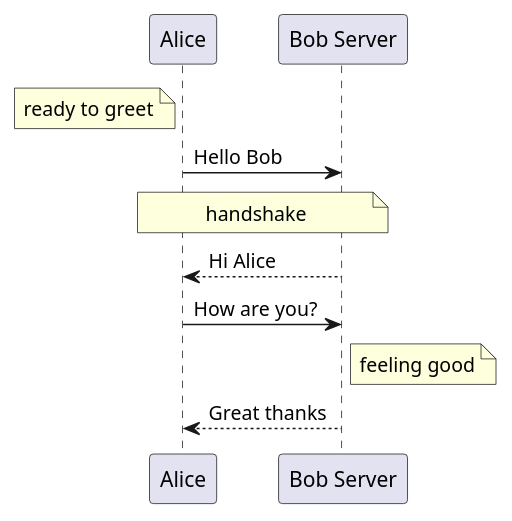
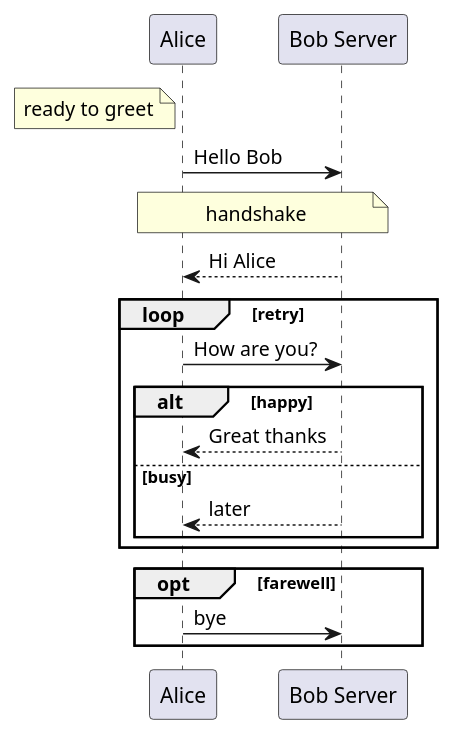
One commit to yingkitw/diagram changed the diagram in examples/sequence.puml. Above: the diagram before and after it, drawn with PlantUML. The commit also changed 10 other files, not shown here.

First line of the commit message:
Enhance diagram tool with support for fragments and notes in sequence and class diagrams

```diff
--- a/examples/sequence.puml
+++ b/examples/sequence.puml
@@ -1,13 +1,19 @@
 @startuml
 participant Alice
 participant "Bob Server" as Bob
 note left of Alice: ready to greet
 Alice -> Bob: Hello Bob
 note over Alice, Bob: handshake
 Bob --> Alice: Hi Alice
+loop retry
 Alice -> Bob: How are you?
-note right of Bob
-feeling good
-end note
+alt happy
 Bob --> Alice: Great thanks
+else busy
+Bob --> Alice: later
+end
+end
+opt farewell
+Alice -> Bob: bye
+end
 @enduml
```
